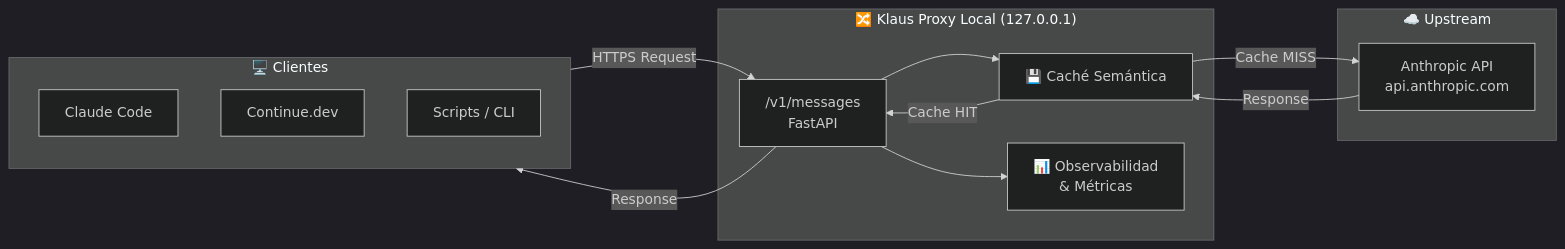
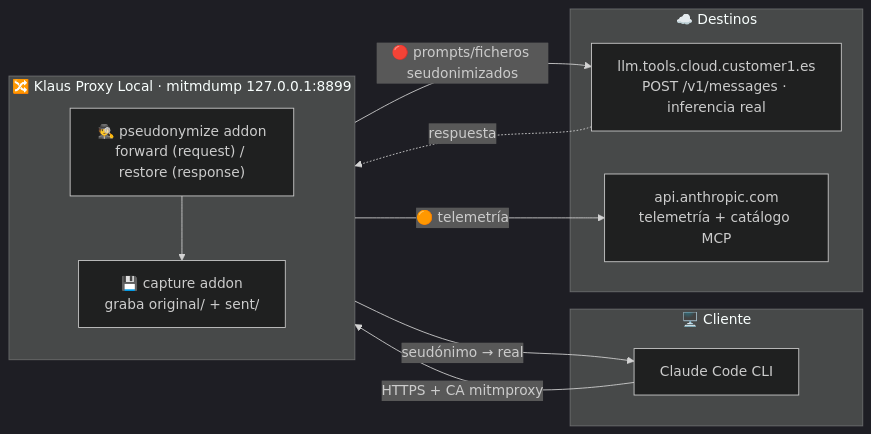
The diagram in docs/architecture.md (Ka0s-Klaus/klaus-proxy-local), drawn with Mermaid (dark theme) before and after one commit. The commit also changed other lines of this file and 25 other files, not shown here.

First line of the commit message:
feat: proxy local de auditoría y seudonimización de payload Anthropic (#6)

````diff
--- a/docs/architecture.md
+++ b/docs/architecture.md
@@ -25,26 +20,24 @@
 ```mermaid
 flowchart LR
-    subgraph Clientes["🖥️ Clientes"]
-        CC[Claude Code]
-        CD[Continue.dev]
-        SC[Scripts / CLI]
+    subgraph Cliente["🖥️ Cliente"]
+        CC[Claude Code CLI]
     end
 
-    subgraph Proxy["🔀 Klaus Proxy Local (127.0.0.1)"]
-        API["/v1/messages\nFastAPI"]
-        Cache["💾 Caché Semántica"]
-        Obs["📊 Observabilidad\n& Métricas"]
+    subgraph Proxy["🔀 Klaus Proxy Local · mitmdump 127.0.0.1:8899"]
+        direction TB
+        PS["🕵️ pseudonymize addon\nforward (request) / restore (response)"]
+        CAP["💾 capture addon\ngraba original/ + sent/"]
+        PS --> CAP
     end
 
-    subgraph Upstream["☁️ Upstream"]
-        ANT[Anthropic API\napi.anthropic.com]
+    subgraph Upstream["☁️ Destinos"]
+        GW["llm.tools.cloud.customer1.es\nPOST /v1/messages · inferencia real"]
+        ANT["api.anthropic.com\ntelemetría + catálogo MCP"]
     end
 
-    Clientes -->|HTTPS Request| API
-    API --> Cache
-    Cache -->|Cache HIT| API
-    Cache -->|Cache MISS| ANT
-    ANT -->|Response| Cache
-    API --> Obs
-    API -->|Response| Clientes
+    CC -->|HTTPS + CA mitmproxy| PS
+    CAP -->|🔴 prompts/ficheros seudonimizados| GW
+    CAP -->|🟠 telemetría| ANT
+    GW -.respuesta.-> PS
+    PS -->|seudónimo → real| CC
 ```
````
